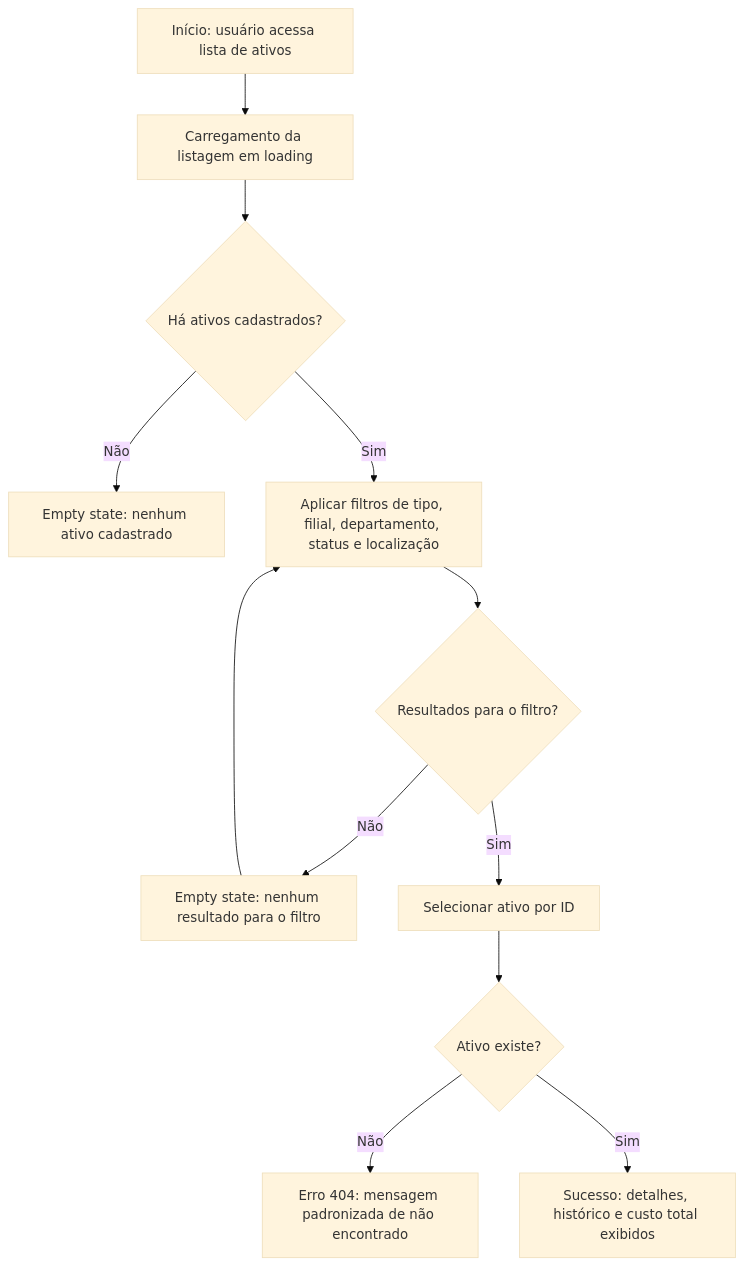
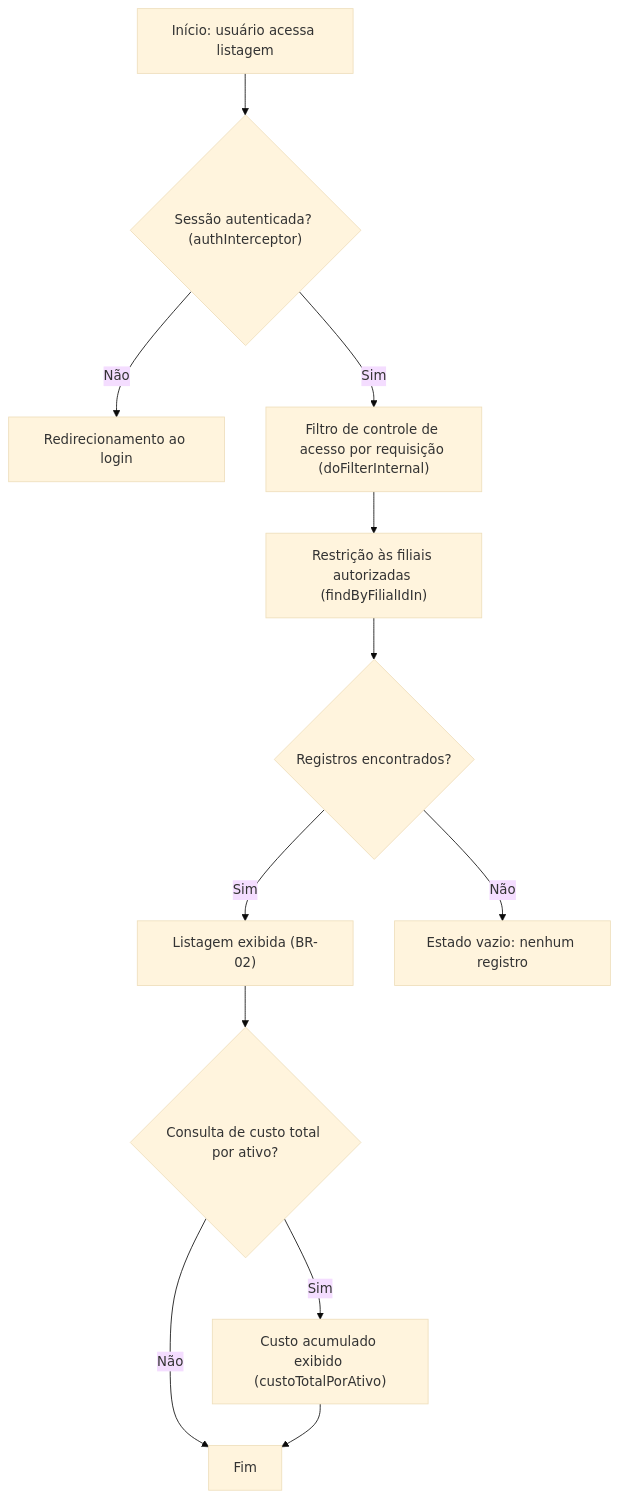
Before and after one commit to diogo-rp-menezes/aegispatrimonio: the sixth of 6 diagrams in docs/01-discovery/user-flows.md, drawn with Mermaid (base theme). The commit also changed other lines of this file and 49 other files, not shown here.

````diff
--- a/docs/01-discovery/user-flows.md
+++ b/docs/01-discovery/user-flows.md
@@ -257,14 +207,14 @@
 ```mermaid
 graph TD
-    A["Início: usuário acessa lista de ativos"] --> B["Carregamento da listagem em loading"]
-    B --> C{"Há ativos cadastrados?"}
-    C -- "Não" --> D["Empty state: nenhum ativo cadastrado"]
-    C -- "Sim" --> E["Aplicar filtros de tipo, filial, departamento, status e localização"]
-    E --> F{"Resultados para o filtro?"}
-    F -- "Não" --> G["Empty state: nenhum resultado para o filtro"]
-    G --> E
-    F -- "Sim" --> H["Selecionar ativo por ID"]
-    H --> I{"Ativo existe?"}
-    I -- "Não" --> J["Erro 404: mensagem padronizada de não encontrado"]
-    I -- "Sim" --> K["Sucesso: detalhes, histórico e custo total exibidos"]
+    A["Início: usuário acessa listagem"] --> B{"Sessão autenticada? (authInterceptor)"}
+    B -- "Não" --> C["Redirecionamento ao login"]
+    B -- "Sim" --> D["Filtro de controle de acesso por requisição (doFilterInternal)"]
+    D --> E["Restrição às filiais autorizadas (findByFilialIdIn)"]
+    E --> F{"Registros encontrados?"}
+    F -- "Sim" --> G["Listagem exibida (BR-02)"]
+    F -- "Não" --> H["Estado vazio: nenhum registro"]
+    G --> I{"Consulta de custo total por ativo?"}
+    I -- "Sim" --> J["Custo acumulado exibido (custoTotalPorAtivo)"]
+    I -- "Não" --> K["Fim"]
+    J --> K
 ```
````
